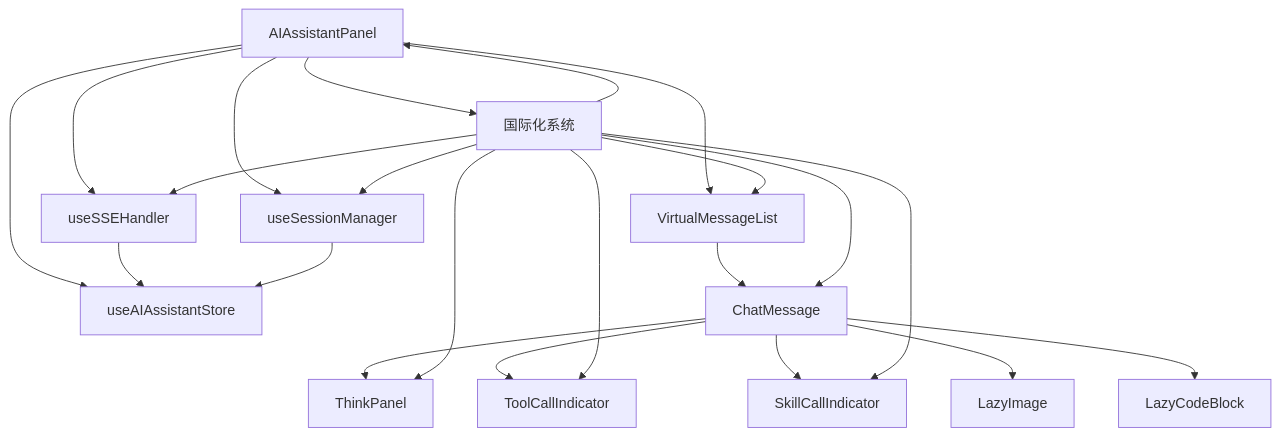
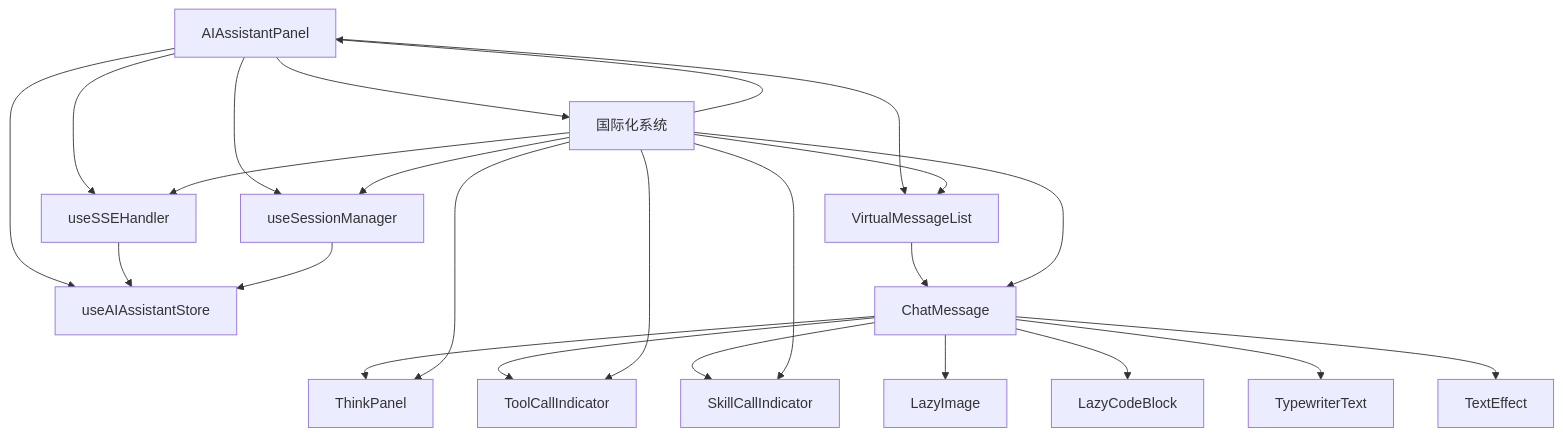
One commit to KunLabAI/KunFlix changed diagram 15 of 15 in .qoder/repowiki/zh/content/系统架构/前端架构/组件架构/AI助手组件.md. Above: the diagram before and after it, drawn with Mermaid. The commit also changed other lines of this file and 12 other files, not shown here.

````diff
--- a/.qoder/repowiki/zh/content/系统架构/前端架构/组件架构/AI助手组件.md
+++ b/.qoder/repowiki/zh/content/系统架构/前端架构/组件架构/AI助手组件.md
@@ -583,24 +699,26 @@
 ```mermaid
 graph TB
 Panel["AIAssistantPanel"] --> SSE["useSSEHandler"]
 Panel --> SM["useSessionManager"]
 Panel --> Store["useAIAssistantStore"]
 Panel --> VM["VirtualMessageList"]
 Panel --> I18n["国际化系统"]
 VM --> CM["ChatMessage"]
 CM --> TP["ThinkPanel"]
 CM --> TCI["ToolCallIndicator"]
 CM --> SCI["SkillCallIndicator"]
 CM --> LI["LazyImage"]
 CM --> LCB["LazyCodeBlock"]
+CM --> TT["TypewriterText"]
+CM --> TE["TextEffect"]
 SSE --> Store
 SM --> Store
 I18n --> Panel
 I18n --> CM
 I18n --> TP
 I18n --> TCI
 I18n --> SCI
 I18n --> VM
 I18n --> SSE
 I18n --> SM
 ```
````
